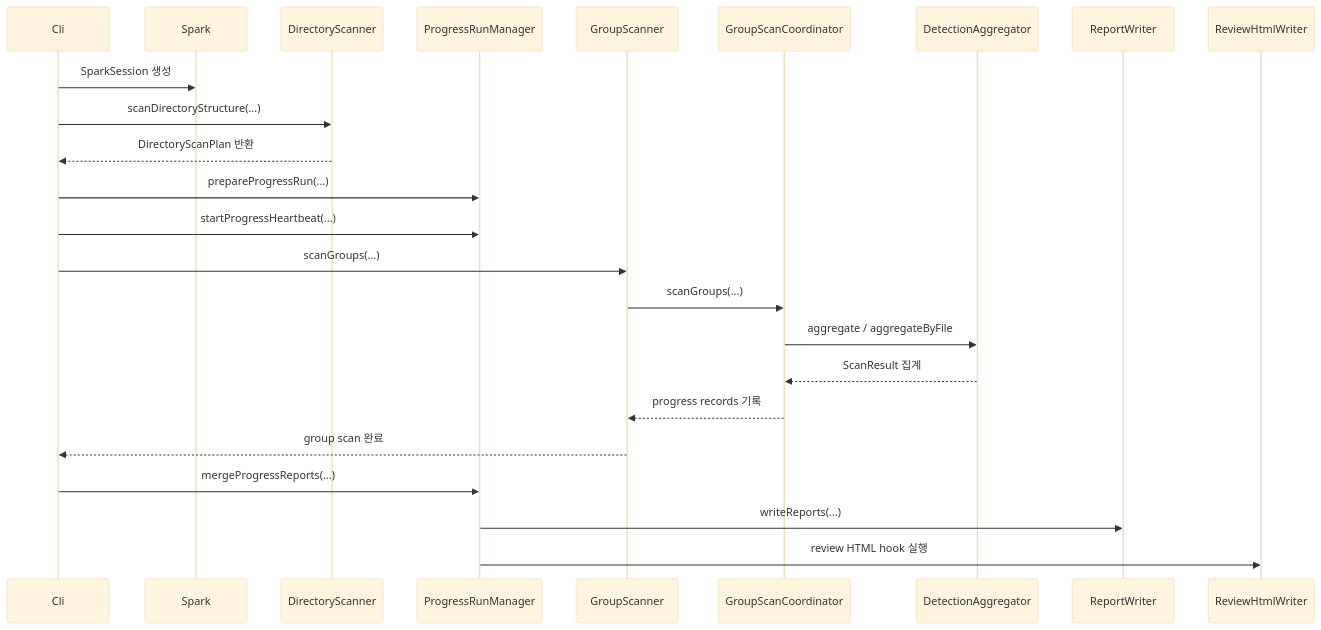
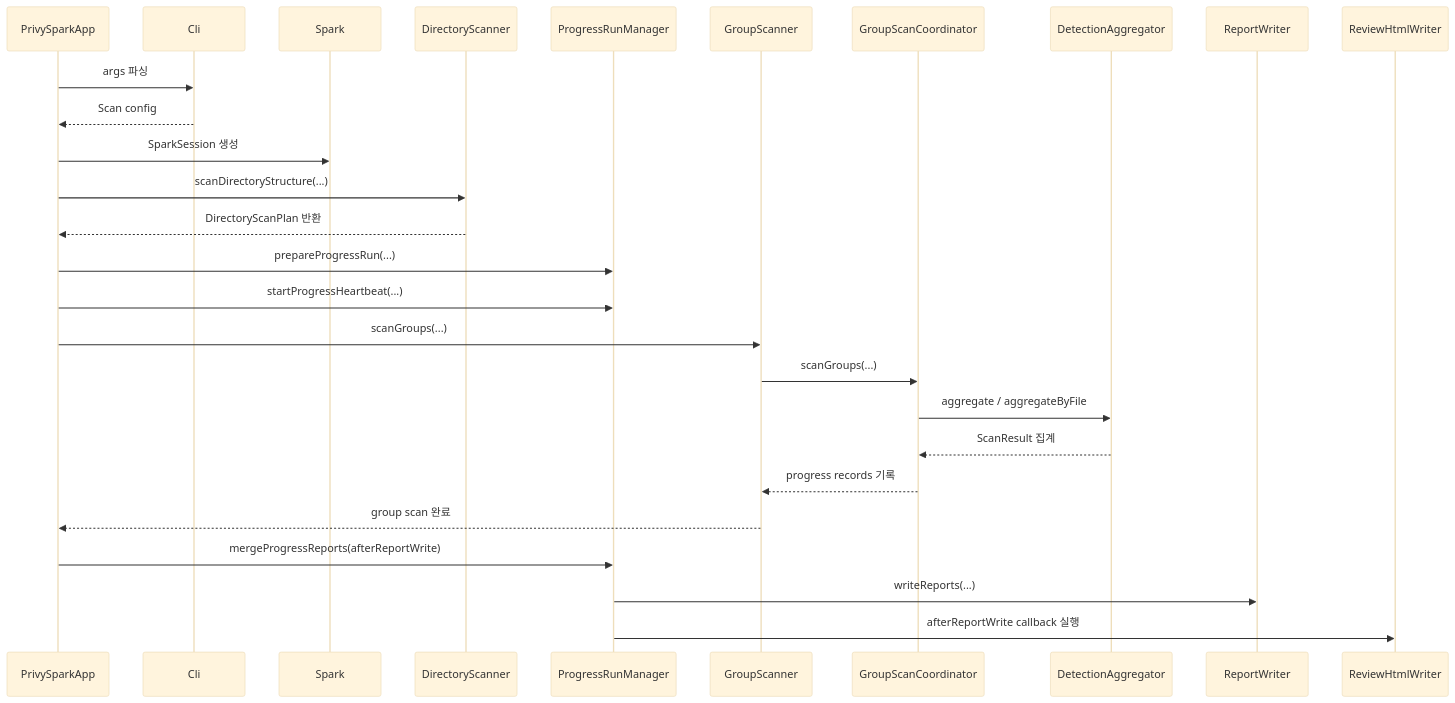
Before and after one commit to jonggeun2001/PrivySpark: the second of 2 diagrams in docs/ko/architecture/overview.md, drawn with Mermaid (base theme).

Commit message:
docs: clarify app scan sequence

````diff
--- a/docs/ko/architecture/overview.md
+++ b/docs/ko/architecture/overview.md
@@ -95,27 +95,30 @@
 ```mermaid
 sequenceDiagram
-  participant Cli
+  participant PrivySparkApp
+  participant CliParser as Cli
   participant Spark
   participant DirectoryScanner
   participant ProgressRunManager
   participant GroupScanner
   participant GroupScanCoordinator
   participant DetectionAggregator
   participant ReportWriter
   participant ReviewHtmlWriter
 
-  Cli->>Spark: SparkSession 생성
-  Cli->>DirectoryScanner: scanDirectoryStructure(...)
-  DirectoryScanner-->>Cli: DirectoryScanPlan 반환
-  Cli->>ProgressRunManager: prepareProgressRun(...)
-  Cli->>ProgressRunManager: startProgressHeartbeat(...)
-  Cli->>GroupScanner: scanGroups(...)
+  PrivySparkApp->>CliParser: args 파싱
+  CliParser-->>PrivySparkApp: Scan config
+  PrivySparkApp->>Spark: SparkSession 생성
+  PrivySparkApp->>DirectoryScanner: scanDirectoryStructure(...)
+  DirectoryScanner-->>PrivySparkApp: DirectoryScanPlan 반환
+  PrivySparkApp->>ProgressRunManager: prepareProgressRun(...)
+  PrivySparkApp->>ProgressRunManager: startProgressHeartbeat(...)
+  PrivySparkApp->>GroupScanner: scanGroups(...)
   GroupScanner->>GroupScanCoordinator: scanGroups(...)
   GroupScanCoordinator->>DetectionAggregator: aggregate / aggregateByFile
   DetectionAggregator-->>GroupScanCoordinator: ScanResult 집계
   GroupScanCoordinator-->>GroupScanner: progress records 기록
-  GroupScanner-->>Cli: group scan 완료
-  Cli->>ProgressRunManager: mergeProgressReports(...)
+  GroupScanner-->>PrivySparkApp: group scan 완료
+  PrivySparkApp->>ProgressRunManager: mergeProgressReports(afterReportWrite)
   ProgressRunManager->>ReportWriter: writeReports(...)
-  ProgressRunManager->>ReviewHtmlWriter: review HTML hook 실행
+  ProgressRunManager->>ReviewHtmlWriter: afterReportWrite callback 실행
 ```
````
